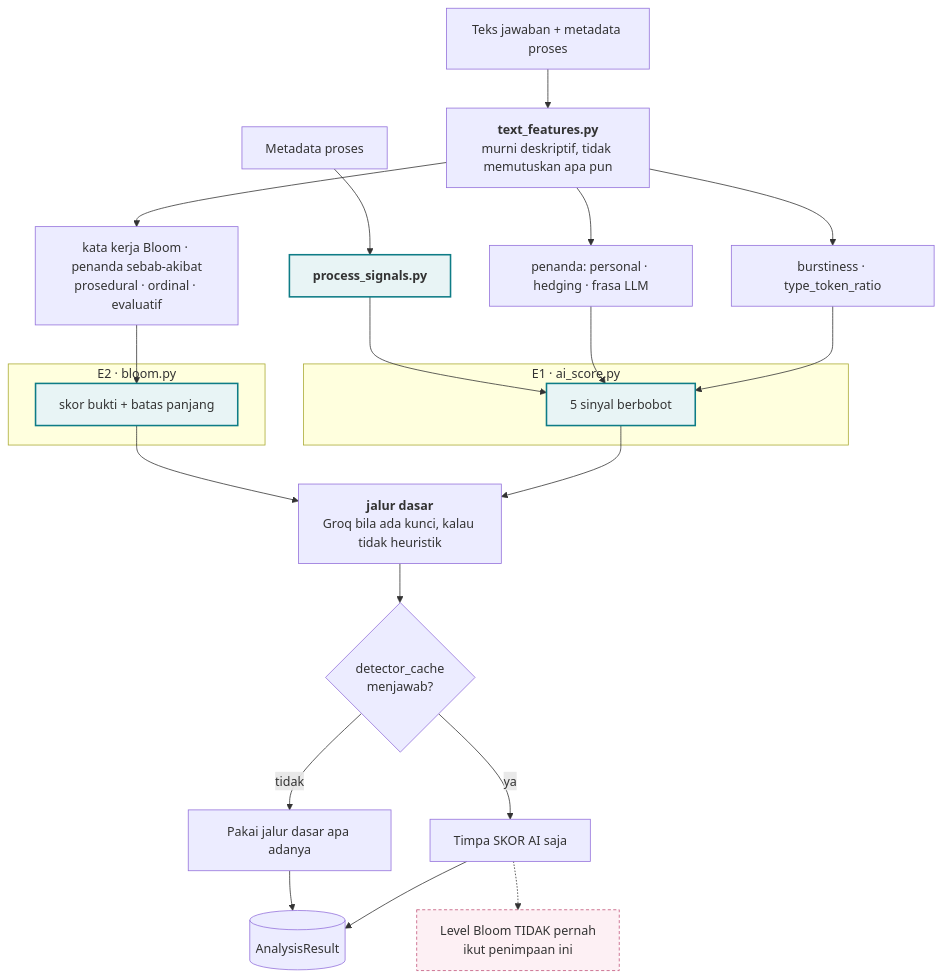
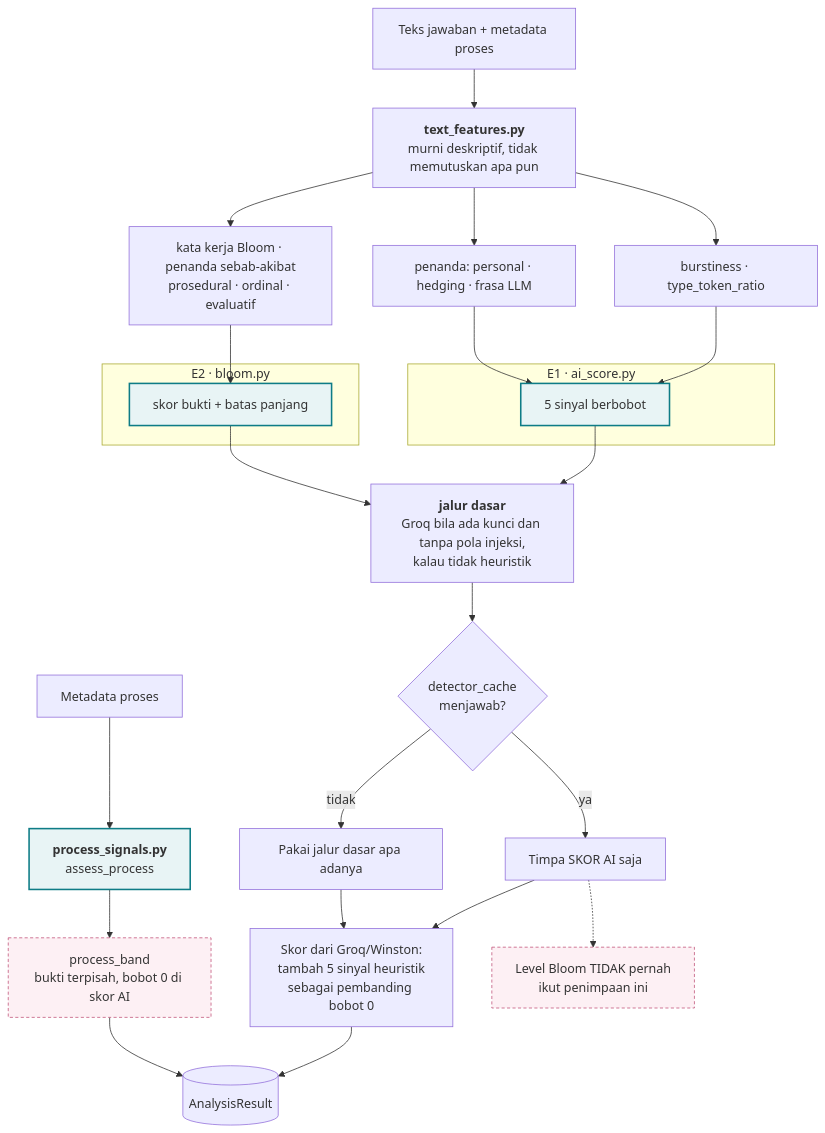
One commit to FadhRach/ThinkPath changed the first of 8 diagrams in diagram/05-alur-analisis.md. Above: the diagram before and after it, drawn with Mermaid. The commit also changed other lines of this file and 63 other files, not shown here.

````diff
--- a/diagram/05-alur-analisis.md
+++ b/diagram/05-alur-analisis.md
@@ -13,38 +15,40 @@
 ```mermaid
 flowchart TB
     IN["Teks jawaban + metadata proses"] --> TF["<b>text_features.py</b><br/>murni deskriptif, tidak memutuskan apa pun"]
 
     TF --> F1["burstiness · type_token_ratio"]
     TF --> F2["penanda: personal · hedging · frasa LLM"]
     TF --> F3["kata kerja Bloom · penanda sebab-akibat<br/>prosedural · ordinal · evaluatif"]
 
     F1 --> E1
     F2 --> E1
     F3 --> E2
 
     subgraph E1G["E1 · ai_score.py"]
         E1["5 sinyal berbobot"]
     end
     subgraph E2G["E2 · bloom.py"]
         E2["skor bukti + batas panjang"]
     end
 
-    PROC["Metadata proses"] --> PS["<b>process_signals.py</b>"]
-    PS --> E1
+    PROC["Metadata proses"] --> PS["<b>process_signals.py</b><br/>assess_process"]
+    PS --> PB["process_band<br/>bukti terpisah, bobot 0 di skor AI"]
 
-    E1 --> BASE["<b>jalur dasar</b><br/>Groq bila ada kunci, kalau tidak heuristik"]
+    E1 --> BASE["<b>jalur dasar</b><br/>Groq bila ada kunci dan tanpa pola injeksi,<br/>kalau tidak heuristik"]
     E2 --> BASE
     BASE --> DET{"detector_cache<br/>menjawab?"}
     DET -->|"ya"| OVL["Timpa SKOR AI saja"]
     DET -->|"tidak"| KEEP["Pakai jalur dasar apa adanya"]
-    OVL --> R[("AnalysisResult")]
-    KEEP --> R
+    OVL --> CMP["Skor dari Groq/Winston:<br/>tambah 5 sinyal heuristik<br/>sebagai pembanding bobot 0"]
+    KEEP --> CMP
+    CMP --> R[("AnalysisResult")]
+    PB --> R
 
     BLOOM["Level Bloom TIDAK pernah<br/>ikut penimpaan ini"]
     OVL -.-> BLOOM
 
     classDef inti fill:#E8F4F5,stroke:#0E7C86,stroke-width:2px
     classDef jaga fill:#FDF0F4,stroke:#C2547A,stroke-dasharray:4 3
     class E1,E2,PS inti
-    class BLOOM jaga
+    class BLOOM,PB jaga
 ```
````
